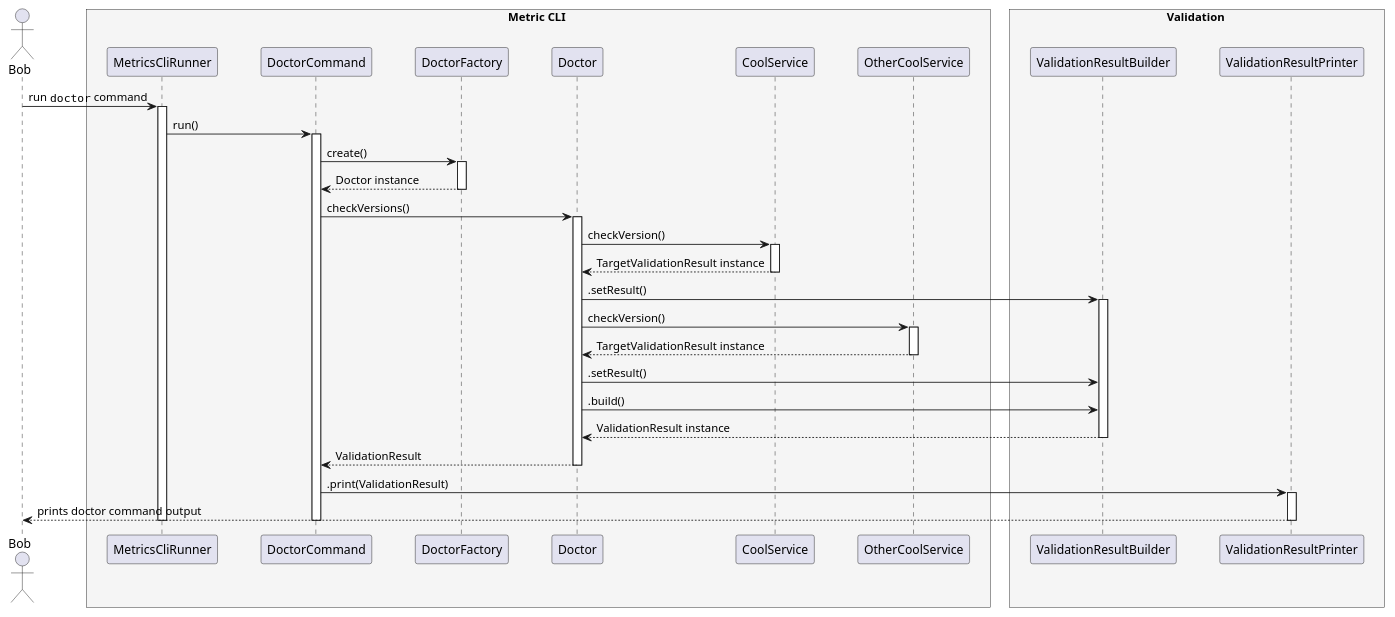
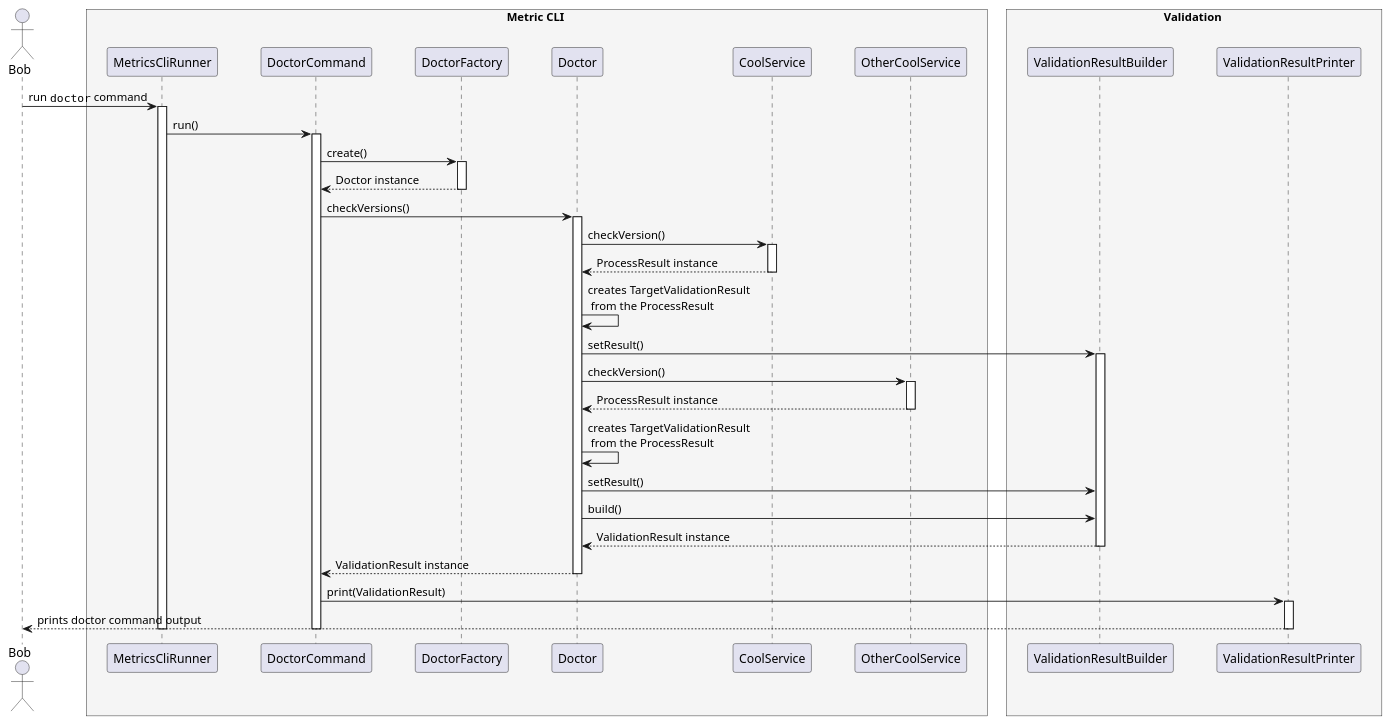
Before and after one commit to Flank/flank-dashboard: the diagram in metrics/cli/docs/features/doctor_output_improvements/diagrams/doctor_output_improvements_sequence_diagram.puml, drawn with PlantUML. The commit also changed 1 other file, not shown here.

Commit message:
Update sequence diagrams

```diff
--- a/metrics/cli/docs/features/doctor_output_improvements/diagrams/doctor_output_improvements_sequence_diagram.puml
+++ b/metrics/cli/docs/features/doctor_output_improvements/diagrams/doctor_output_improvements_sequence_diagram.puml
@@ -1,72 +1,74 @@
 @startuml doctor_command_sequence_diagram
 
 skinparam ParticipantPadding 20
 skinparam BoxPadding 10
 
 actor Bob
 
 box Metric CLI #whiteSmoke
 
 participant MetricsCliRunner
 participant DoctorCommand
 participant DoctorFactory
 participant Doctor
 participant CoolService
 participant OtherCoolService
 
 end box
 
 box Validation #whiteSmoke
 
 participant ValidationResultBuilder
 participant ValidationResultPrinter
 
 end box
 
 Bob -> MetricsCliRunner : run ""doctor"" command
 activate MetricsCliRunner
 
 MetricsCliRunner -> DoctorCommand : run()
 activate DoctorCommand
 
 DoctorCommand -> DoctorFactory : create()
 activate DoctorFactory
 
 DoctorFactory --> DoctorCommand : Doctor instance
 deactivate DoctorFactory
 
 DoctorCommand -> Doctor : checkVersions()
 activate Doctor
 
 Doctor -> CoolService : checkVersion()
 activate CoolService
 
-CoolService --> Doctor : TargetValidationResult instance
+CoolService --> Doctor : ProcessResult instance
 deactivate CoolService
 
-Doctor -> ValidationResultBuilder : .setResult()
+Doctor -> Doctor : creates TargetValidationResult \n from the ProcessResult
+Doctor -> ValidationResultBuilder : setResult()
 activate ValidationResultBuilder
 
 Doctor -> OtherCoolService : checkVersion()
 activate OtherCoolService
-OtherCoolService --> Doctor : TargetValidationResult instance
+OtherCoolService --> Doctor : ProcessResult instance
 deactivate OtherCoolService
 
-Doctor -> ValidationResultBuilder : .setResult()
-Doctor -> ValidationResultBuilder : .build()
+Doctor -> Doctor : creates TargetValidationResult \n from the ProcessResult
+Doctor -> ValidationResultBuilder : setResult()
+Doctor -> ValidationResultBuilder : build()
 ValidationResultBuilder --> Doctor :  ValidationResult instance
 deactivate ValidationResultBuilder
 
-Doctor --> DoctorCommand : ValidationResult
+Doctor --> DoctorCommand : ValidationResult instance
 deactivate Doctor
 
-DoctorCommand -> ValidationResultPrinter : .print(ValidationResult)
+DoctorCommand -> ValidationResultPrinter : print(ValidationResult)
 activate ValidationResultPrinter
 
 ValidationResultPrinter --> Bob : prints doctor command output
 deactivate ValidationResultPrinter
 
 deactivate DoctorCommand
 deactivate MetricsCliRunner
 
 @enduml
```
